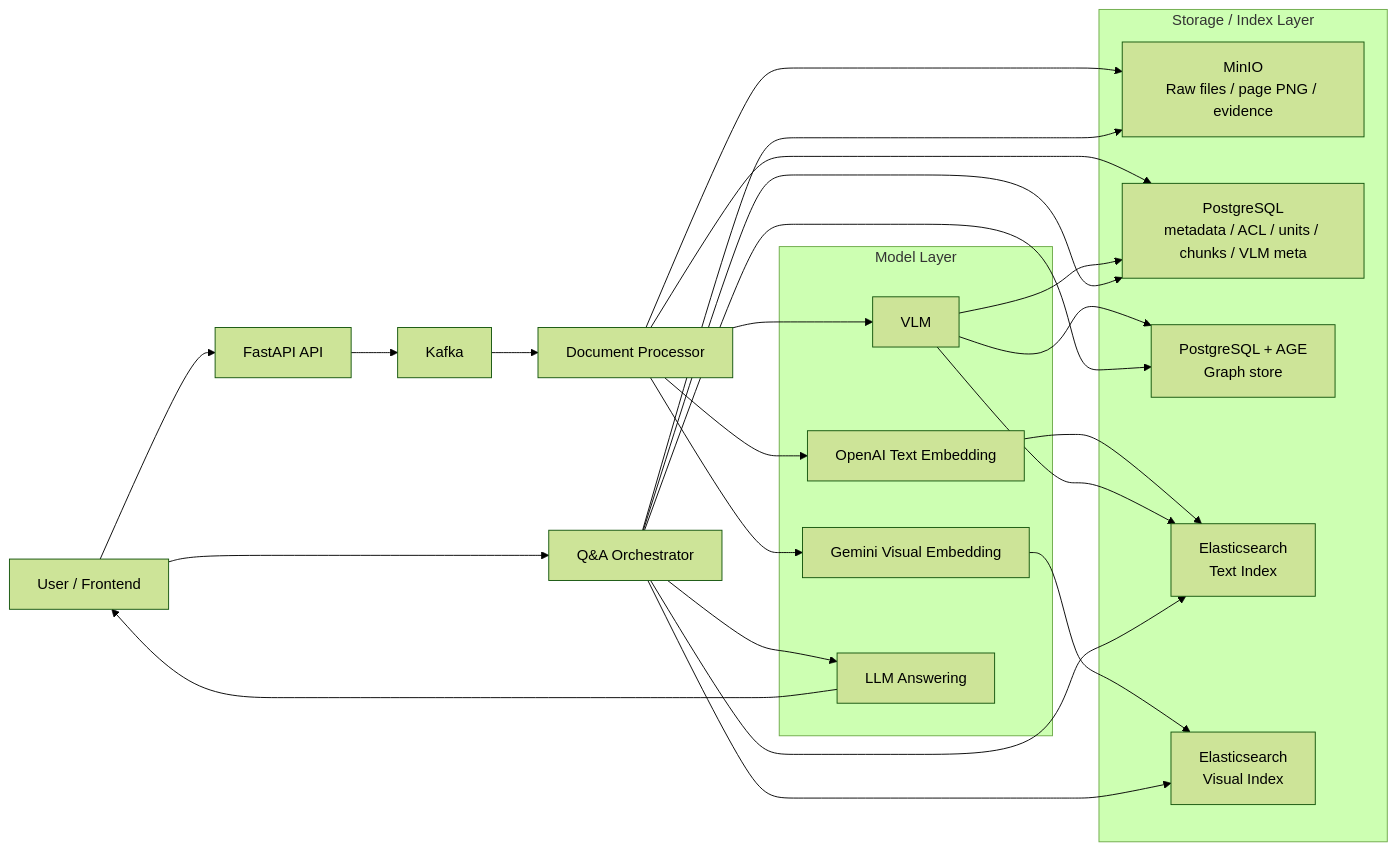
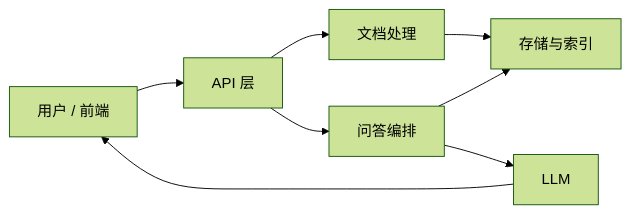
One commit to tiand23/AIKnowledgeBaseNew changed the first of 9 diagrams in README.md. Above: the diagram before and after it, drawn with Mermaid (forest theme). The commit also changed other lines of this file and 2 other files, not shown here.

````diff
--- a/README.md
+++ b/README.md
@@ -33,48 +69,17 @@
 ```mermaid
 flowchart LR
-    U["User / Frontend"]
-    API["FastAPI API"]
-    K["Kafka"]
-    DP["Document Processor"]
-    QA["Q&A Orchestrator"]
-
-    subgraph STORE["Storage / Index Layer"]
-        OBJ["MinIO\nRaw files / page PNG / evidence"]
-        PG["PostgreSQL\nmetadata / ACL / units / chunks / VLM meta"]
-        AGE["PostgreSQL + AGE\nGraph store"]
-        ES_T["Elasticsearch\nText Index"]
-        ES_V["Elasticsearch\nVisual Index"]
-    end
-
-    subgraph MODEL["Model Layer"]
-        TXT_EMB["OpenAI Text Embedding"]
-        VIS_EMB["Gemini Visual Embedding"]
-        VLM["VLM"]
-        LLM["LLM Answering"]
-    end
+    U["用户 / 前端"]
+    API["API 层"]
+    INGEST["文档处理"]
+    STORE["存储与索引"]
+    QA["问答编排"]
+    LLM["LLM"]
 
     U --> API
-    API --> K
-    K --> DP
-
-    DP --> OBJ
-    DP --> PG
-    DP --> TXT_EMB
-    DP --> VIS_EMB
-    DP --> VLM
-
-    TXT_EMB --> ES_T
-    VIS_EMB --> ES_V
-    VLM --> PG
-    VLM --> AGE
-    VLM --> ES_T
-
-    U --> QA
-    QA --> ES_T
-    QA --> ES_V
-    QA --> AGE
-    QA --> PG
-    QA --> OBJ
+    API --> INGEST
+    API --> QA
+    INGEST --> STORE
+    QA --> STORE
     QA --> LLM
     LLM --> U
 ```
````
